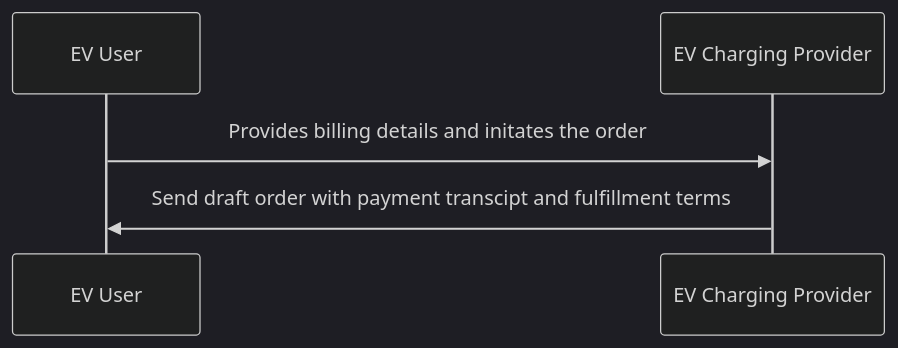
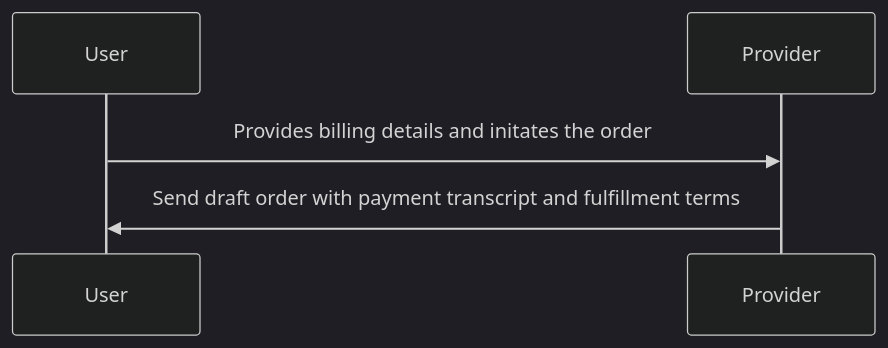
Before and after one commit to Sudheesh2609/DENT-Protocol: the fifth of 8 diagrams in docs/implementation-guides/EV_Charging/EV_Charging_and_Battery-Swapping-Worlflow.md, drawn with Mermaid (dark theme). The commit also changed other lines of this file, not shown here.

First line of the commit message:
Update EV_Charging_and_Battery-Swapping-Worlflow.md

````diff
--- a/docs/implementation-guides/EV_Charging/EV_Charging_and_Battery-Swapping-Worlflow.md
+++ b/docs/implementation-guides/EV_Charging/EV_Charging_and_Battery-Swapping-Worlflow.md
@@ -162,5 +161,5 @@
 ```mermaid
     sequenceDiagram
-    EV User->>EV Charging Provider: Provides billing details and initates the order
-    EV Charging Provider->>EV User: Send draft order with payment transcipt and fulfillment terms
+    User->>Provider: Provides billing details and initates the order
+    Provider->>User: Send draft order with payment transcript and fulfillment terms
 ```
````
